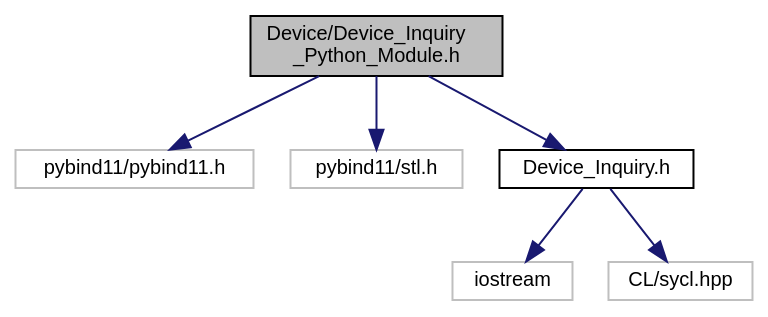
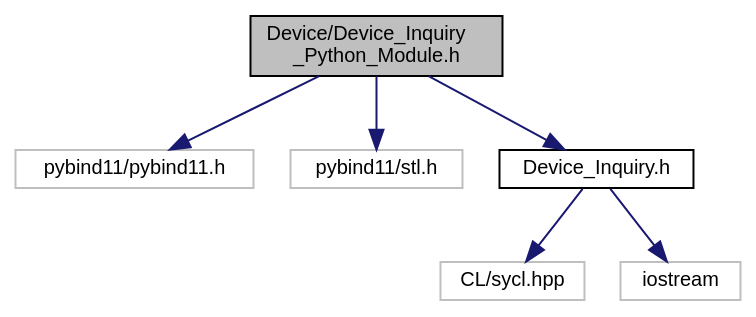
Before and after one commit to OsmanAEG/PySYCL: the diagram in docs/PySYCL_doxygen_html/_device___inquiry___python___module_8h__incl.dot, drawn with Graphviz. The commit also changed 160 other files, not shown here.

```diff
--- a/docs/PySYCL_doxygen_html/_device___inquiry___python___module_8h__incl.dot
+++ b/docs/PySYCL_doxygen_html/_device___inquiry___python___module_8h__incl.dot
@@ -1,19 +1,19 @@
 digraph "Device/Device_Inquiry_Python_Module.h"
 {
  // INTERACTIVE_SVG=YES
  // LATEX_PDF_SIZE
   bgcolor="transparent";
   edge [fontname="Helvetica",fontsize="10",labelfontname="Helvetica",labelfontsize="10"];
   node [fontname="Helvetica",fontsize="10",shape=record];
   Node1 [label="Device/Device_Inquiry\l_Python_Module.h",height=0.2,width=0.4,color="black", fillcolor="grey75", style="filled", fontcolor="black",tooltip="Python module for device inquiry in PySYCL."];
   Node1 -> Node2 [color="midnightblue",fontsize="10",style="solid",fontname="Helvetica"];
   Node2 [label="pybind11/pybind11.h",height=0.2,width=0.4,color="grey75",tooltip=" "];
   Node1 -> Node3 [color="midnightblue",fontsize="10",style="solid",fontname="Helvetica"];
   Node3 [label="pybind11/stl.h",height=0.2,width=0.4,color="grey75",tooltip=" "];
   Node1 -> Node4 [color="midnightblue",fontsize="10",style="solid",fontname="Helvetica"];
   Node4 [label="Device_Inquiry.h",height=0.2,width=0.4,color="black",URL="$_device___inquiry_8h.html",tooltip="Device inquiry in PySYCL."];
   Node4 -> Node5 [color="midnightblue",fontsize="10",style="solid",fontname="Helvetica"];
-  Node5 [label="iostream",height=0.2,width=0.4,color="grey75",tooltip=" "];
+  Node5 [label="CL/sycl.hpp",height=0.2,width=0.4,color="grey75",tooltip=" "];
   Node4 -> Node6 [color="midnightblue",fontsize="10",style="solid",fontname="Helvetica"];
-  Node6 [label="CL/sycl.hpp",height=0.2,width=0.4,color="grey75",tooltip=" "];
+  Node6 [label="iostream",height=0.2,width=0.4,color="grey75",tooltip=" "];
 }
```
